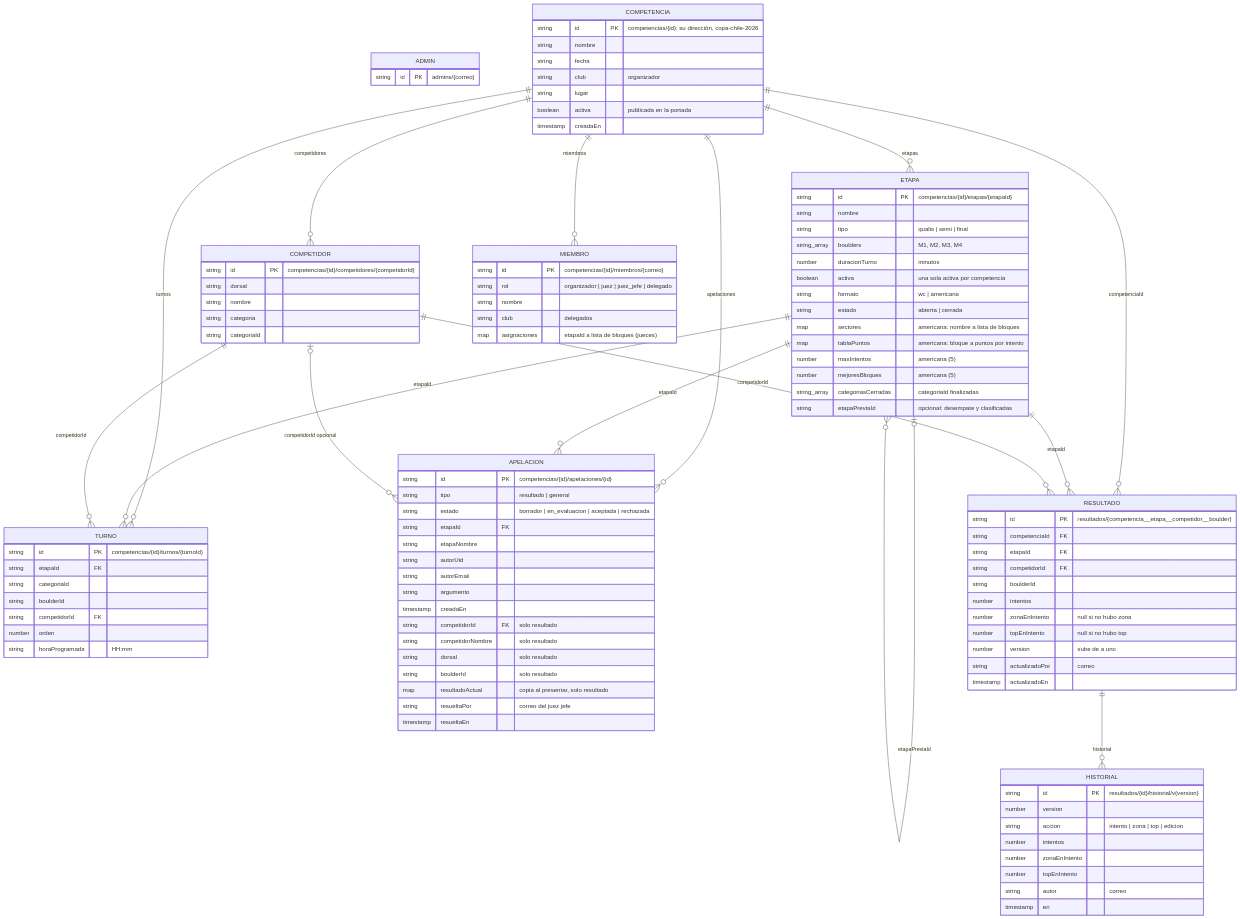
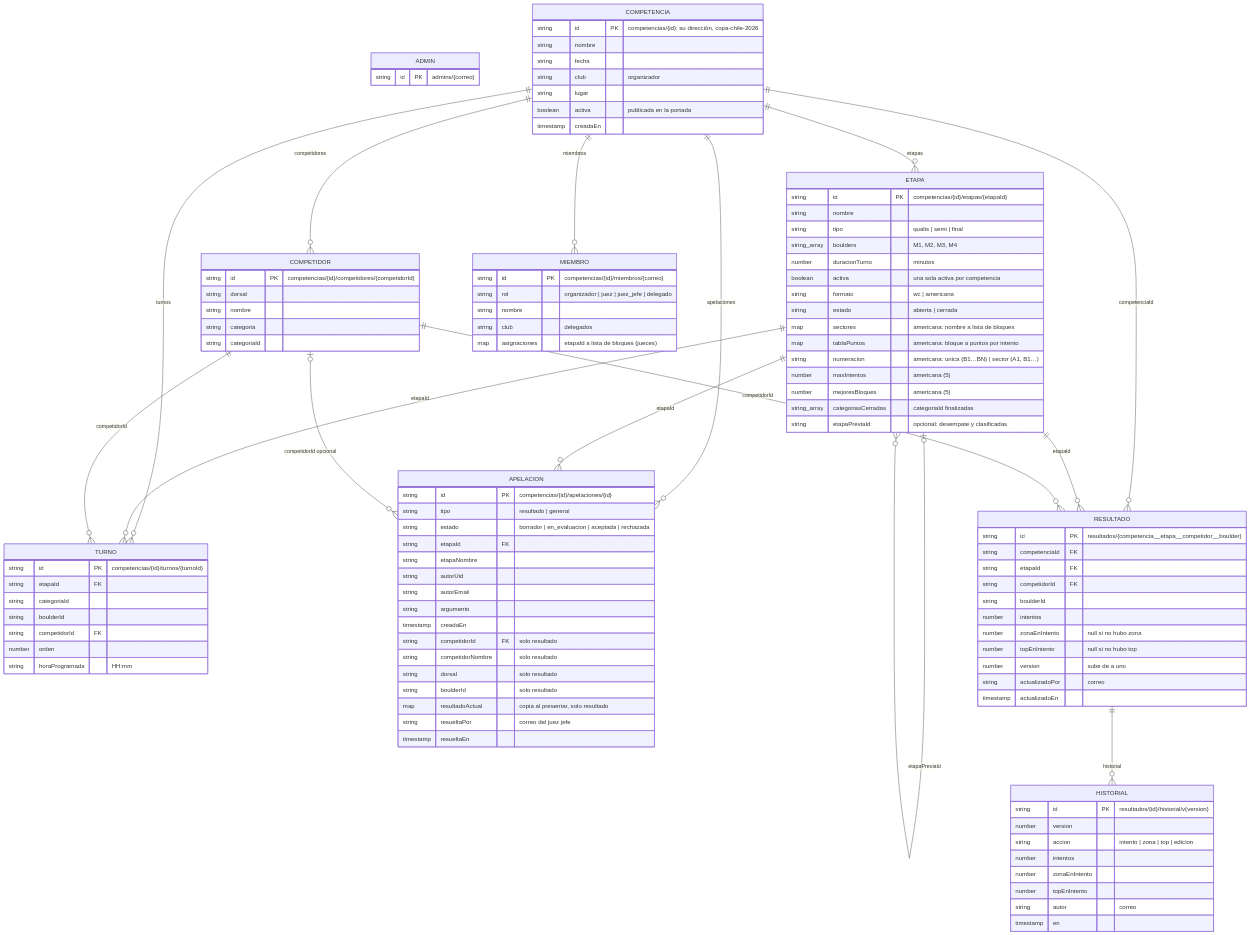
Before and after one commit to pdaire/torneo-escalada-app: the diagram in docs/modelo-de-datos.md, drawn with Mermaid. The commit also changed other lines of this file and 9 other files, not shown here.

First line of the commit message:
Ronda americana: numeración por sector (A1…A7, B1…B7)

```diff
--- a/docs/modelo-de-datos.md
+++ b/docs/modelo-de-datos.md
@@ -43,6 +43,7 @@
         string estado "abierta | cerrada"
         map sectores "americana: nombre a lista de bloques"
         map tablaPuntos "americana: bloque a puntos por intento"
+        string numeracion "americana: unica (B1…BN) | sector (A1, B1…)"
         number maxIntentos "americana (5)"
         number mejoresBloques "americana (5)"
         string_array categoriasCerradas "categoriaId finalizadas"
```
